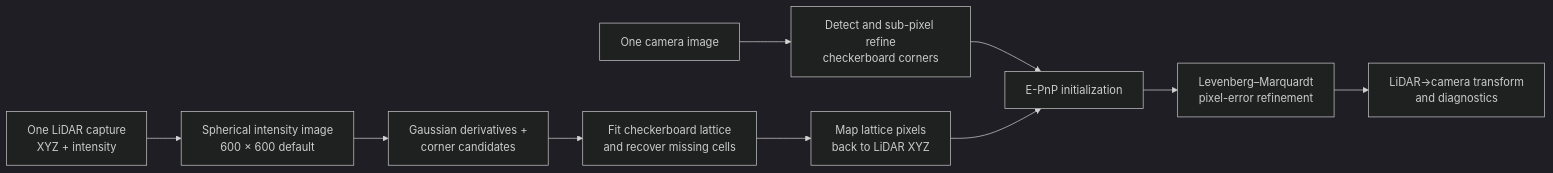
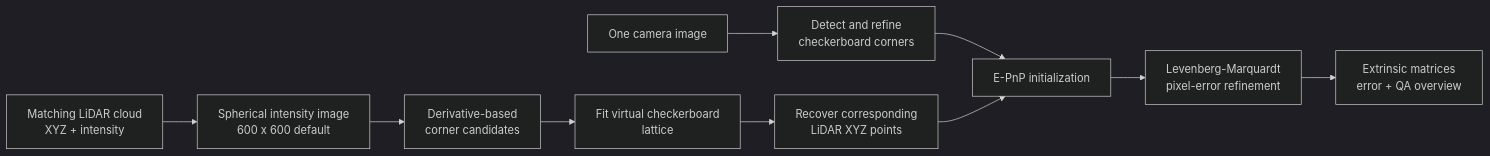
Before and after one commit to maninka123/single-shot-lidar-camera-calibration: the diagram in README.md, drawn with Mermaid (dark theme). The commit also changed other lines of this file and 4 other files, not shown here.

Commit message:
Simplify input to one single-shot capture

````diff
--- a/README.md
+++ b/README.md
@@ -11,12 +11,12 @@
 ```mermaid
 flowchart LR
-    A[One camera image] --> B[Detect and sub-pixel refine<br/>checkerboard corners]
-    C[One LiDAR capture<br/>XYZ + intensity] --> D[Spherical intensity image<br/>600 × 600 default]
-    D --> E[Gaussian derivatives +<br/>corner candidates]
-    E --> F[Fit checkerboard lattice<br/>and recover missing cells]
-    F --> G[Map lattice pixels<br/>back to LiDAR XYZ]
+    A[One camera image] --> B[Detect and refine<br/>checkerboard corners]
+    C[Matching LiDAR cloud<br/>XYZ + intensity] --> D[Spherical intensity image<br/>600 x 600 default]
+    D --> E[Derivative-based<br/>corner candidates]
+    E --> F[Fit virtual checkerboard<br/>lattice]
+    F --> G[Recover corresponding<br/>LiDAR XYZ points]
     B --> H[E-PnP initialization]
     G --> H
-    H --> I[Levenberg–Marquardt<br/>pixel-error refinement]
-    I --> J[LiDAR→camera transform<br/>and diagnostics]
+    H --> I[Levenberg-Marquardt<br/>pixel-error refinement]
+    I --> J[Extrinsic matrices<br/>error + QA overview]
 ```
````
